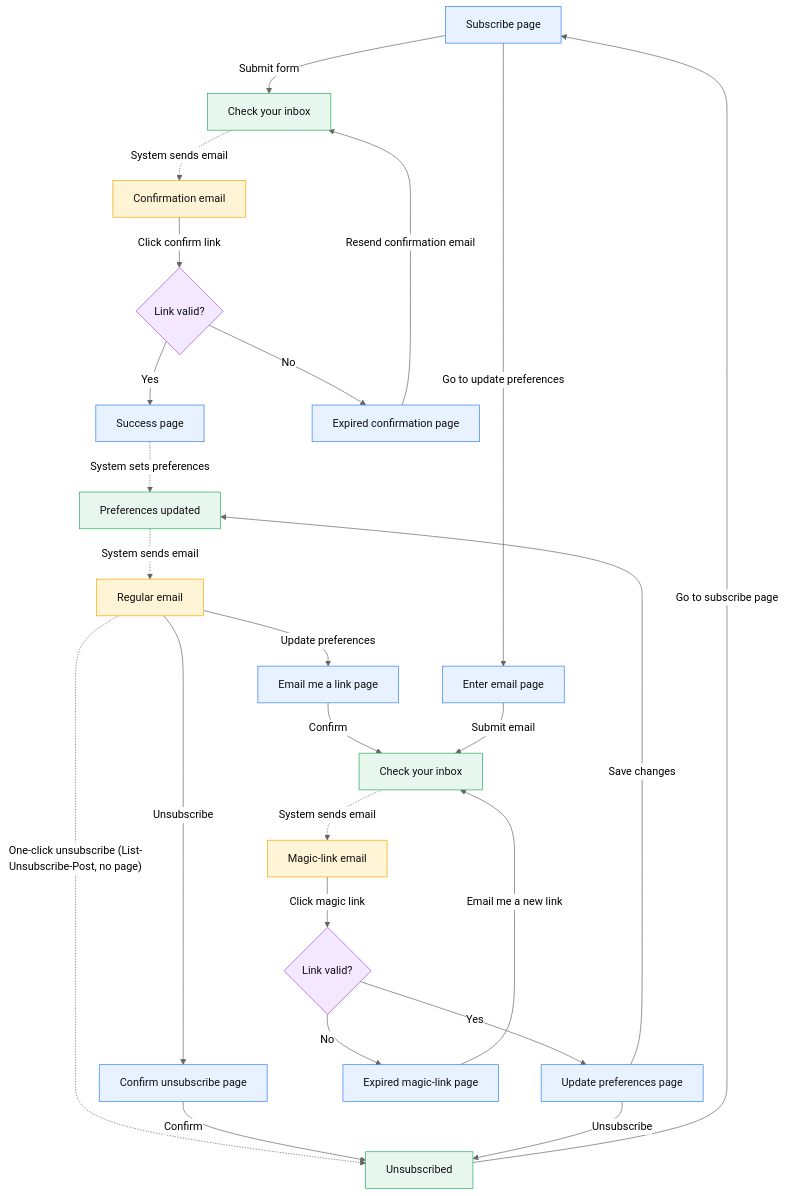
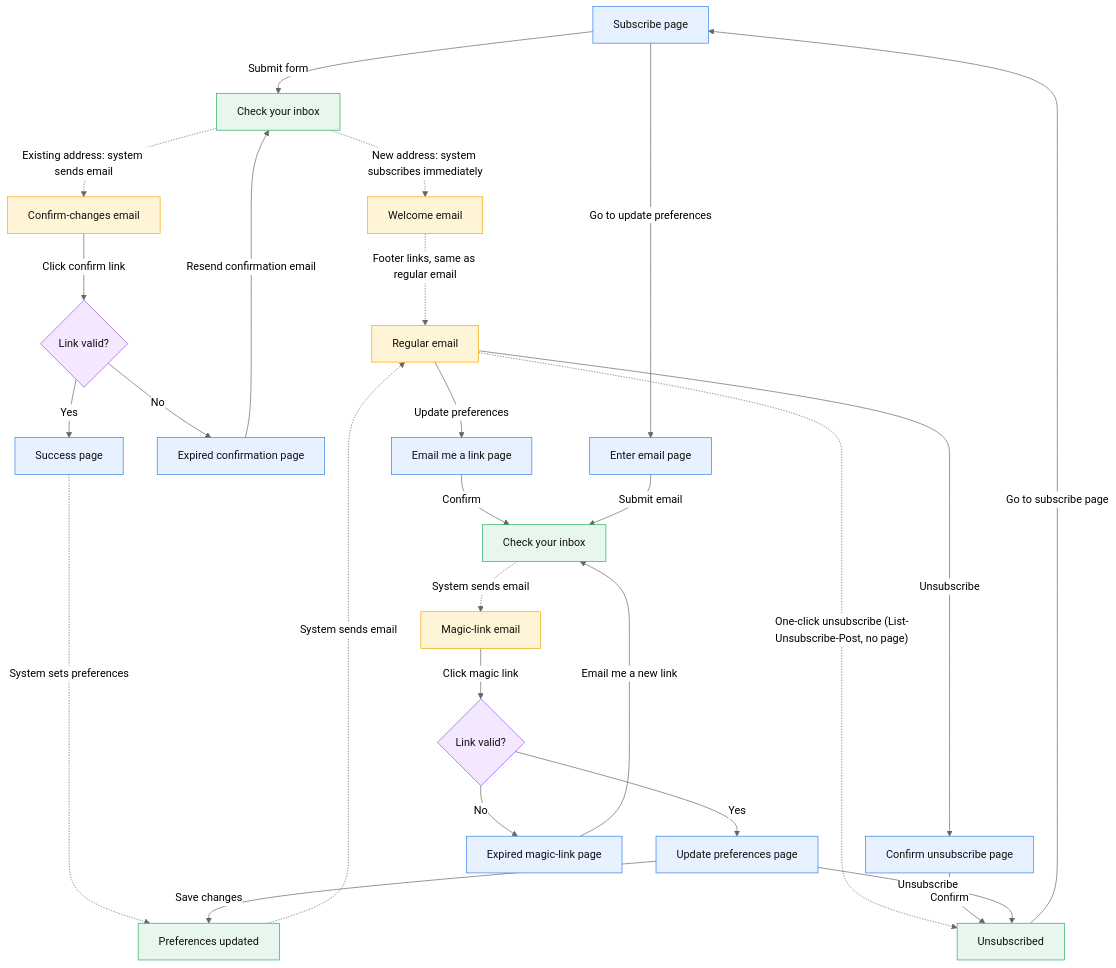
Before and after one commit to owid/owid-grapher: the diagram in docs/email-notifications-plan.md, drawn with Mermaid (neutral theme). The commit also changed other lines of this file and 7 other files, not shown here.

````diff
--- a/docs/email-notifications-plan.md
+++ b/docs/email-notifications-plan.md
@@ -70,38 +71,40 @@
 ```mermaid
 flowchart TD
     A["Subscribe page"] -->|"Submit form"| C["Check your inbox"]
-    C -.->|"System sends email"| D["Confirmation email"]
+    C -.->|"New address: system subscribes immediately"| W["Welcome email"]
+    W -.->|"Footer links, same as regular email"| O
+    C -.->|"Existing address: system sends email"| D["Confirm-changes email"]
     D -->|"Click confirm link"| E{"Link valid?"}
     E -->|"Yes"| F["Success page"]
     E -->|"No"| T1["Expired confirmation page"]
     T1 -->|"Resend confirmation email"| C
     F -.->|"System sets preferences"| M["Preferences updated"]
     M -.->|"System sends email"| O["Regular email"]
     O -->|"Update preferences"| R["Email me a link page"]
     O -->|"Unsubscribe"| S["Confirm unsubscribe page"]
     O -.->|"One-click unsubscribe (List-Unsubscribe-Post, no page)"| P
     R -->|"Confirm"| Q
     S -->|"Confirm"| P["Unsubscribed"]
     P -->|"Go to subscribe page"| A
 
     A -->|"Go to update preferences"| H["Enter email page"]
     H -->|"Submit email"| Q["Check your inbox"]
     Q -.->|"System sends email"| I["Magic-link email"]
     I -->|"Click magic link"| J{"Link valid?"}
     J -->|"Yes"| K["Update preferences page"]
     J -->|"No"| T2["Expired magic-link page"]
     T2 -->|"Email me a new link"| Q
 
     K -->|"Save changes"| M
     K -->|"Unsubscribe"| P
 
     classDef page fill:#e8f1ff,stroke:#2f80ed,color:#111
     classDef email fill:#fff4d6,stroke:#f2a900,color:#111
     classDef state fill:#e8f7ed,stroke:#27ae60,color:#111
     classDef decision fill:#f3e8ff,stroke:#9b51e0,color:#111
 
     class A,F,H,K,R,S,T1,T2 page
-    class D,I,O email
+    class D,I,O,W email
     class C,M,P,Q state
     class E,J decision
 ```
````
